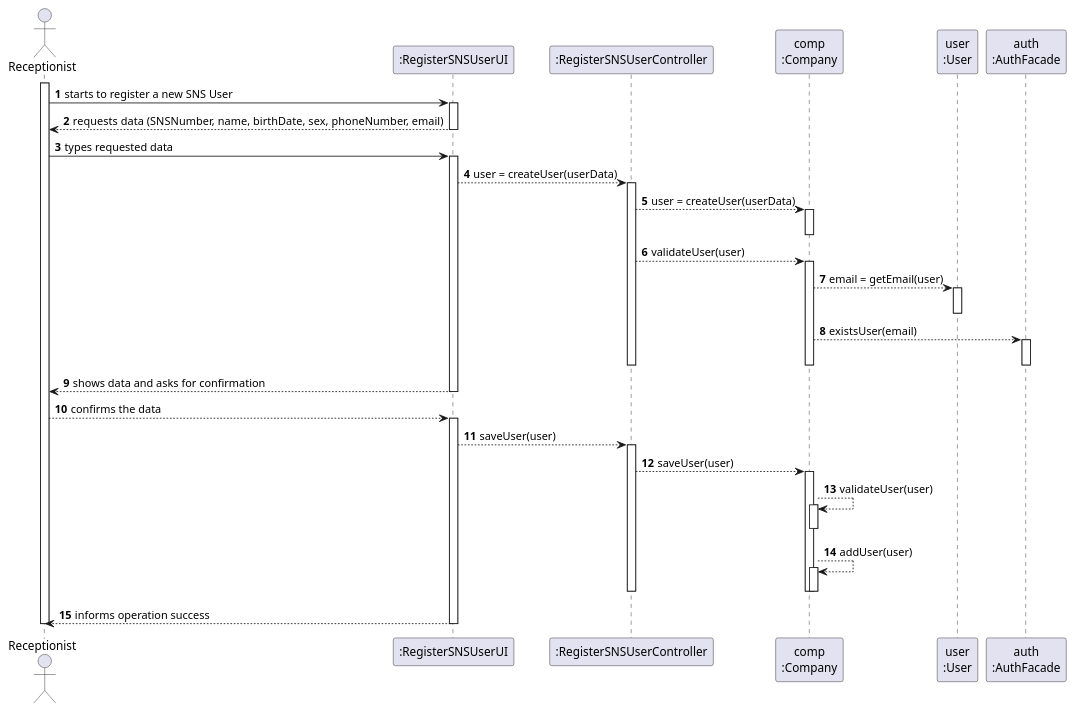
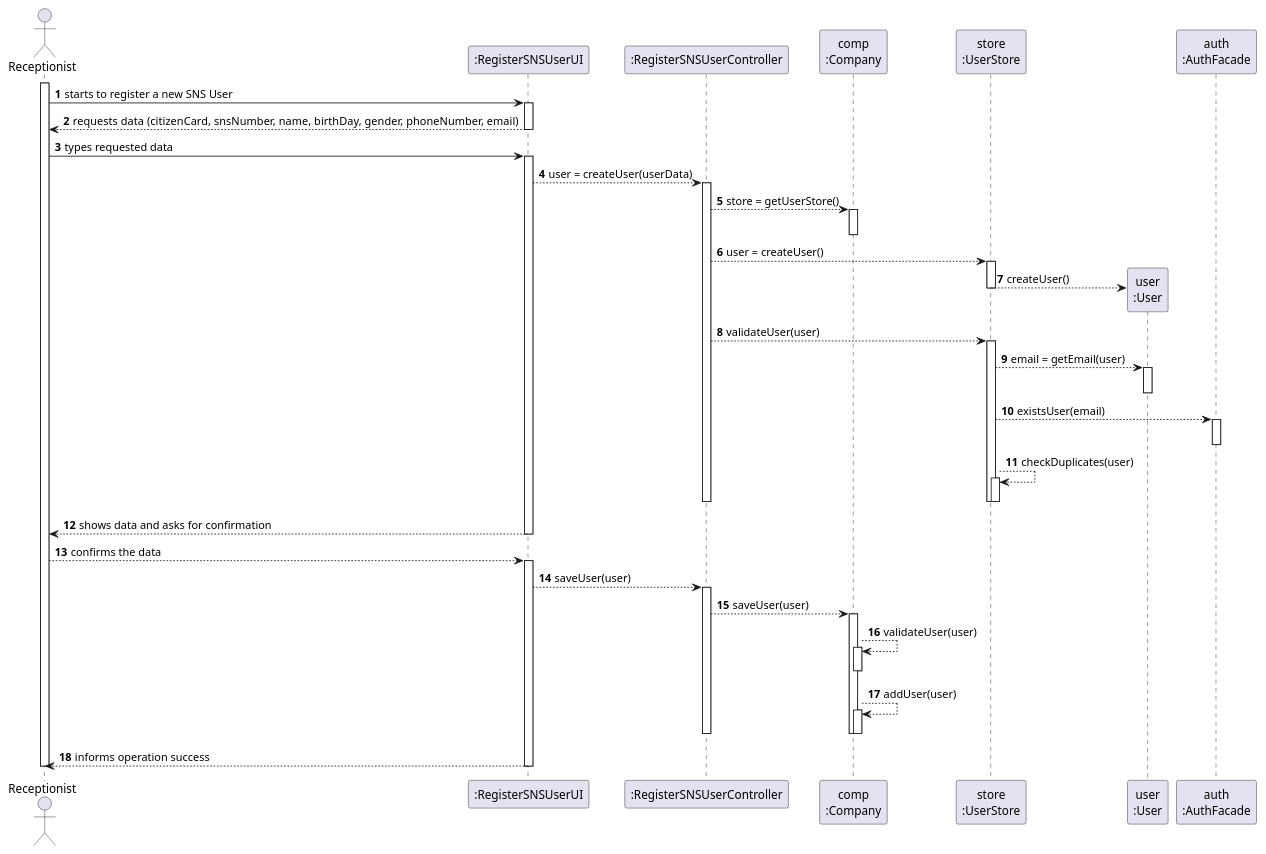
The diagram in docs/SprintB/US03/SD/US03_SD.puml (miseEnPlace-i/lapr2), drawn with PlantUML before and after one commit. The commit also changed 5 other files, not shown here.

Commit message:
docs(US03): minoor modifications in dm, changes in diagrams

```diff
--- a/docs/SprintB/US03/SD/US03_SD.puml
+++ b/docs/SprintB/US03/SD/US03_SD.puml
@@ -1,78 +1,85 @@
 @startuml Sequence Diagram
 autonumber
 'hide footbox
 actor "Receptionist" as RECEPT
 
 participant ":RegisterSNSUserUI" as UI
 participant ":RegisterSNSUserController" as CTRL
 participant "comp\n:Company" as COMP
-' participant "store\n:UserStore" as STORE
+participant "store\n:UserStore" as STORE
 participant "user\n:User" as USER
 participant "auth\n:AuthFacade" as AUTH
 ' participant "lstSnsU\n:List<SNSUser>" as LIST
 
 activate RECEPT
 RECEPT -> UI : starts to register a new SNS User
 activate UI
-UI --> RECEPT : requests data (SNSNumber, name, birthDate, sex, phoneNumber, email)
+UI --> RECEPT : requests data (citizenCard, snsNumber, name, birthDay, gender, phoneNumber, email)
 deactivate UI
 
 RECEPT -> UI : types requested data
 activate UI
 
 UI --> CTRL : user = createUser(userData)
 activate CTRL
 
-CTRL --> COMP : user = createUser(userData)
+CTRL --> COMP : store = getUserStore()
 activate COMP
 deactivate COMP
 
-CTRL --> COMP : validateUser(user)
-activate COMP
+CTRL --> STORE : user = createUser()
+activate STORE
 
-COMP --> USER : email = getEmail(user)
+STORE --> USER** : createUser()
+
+deactivate STORE
+
+CTRL --> STORE : validateUser(user)
+activate STORE
+
+STORE --> USER : email = getEmail(user)
 activate USER
 deactivate USER
 
-COMP --> AUTH : existsUser(email)
+STORE --> AUTH : existsUser(email)
 activate AUTH
 deactivate AUTH
 
-' COMP --> COMP : checkDuplicates(user)
-' activate COMP
-' deactivate COMP
+STORE --> STORE : checkDuplicates(user)
+activate STORE
+deactivate STORE
 
-deactivate COMP
-
+deactivate STORE
 deactivate CTRL
 
 UI --> RECEPT : shows data and asks for confirmation
 deactivate UI
+
 
 RECEPT --> UI : confirms the data
 activate UI
 
 UI --> CTRL : saveUser(user)
 activate CTRL
 
 CTRL --> COMP : saveUser(user)
 activate COMP
 
 COMP --> COMP : validateUser(user)
 activate COMP
 deactivate COMP
 
 COMP --> COMP : addUser(user)
 activate COMP
 deactivate COMP
 
 deactivate COMP
 
 deactivate CTRL
 
 UI --> RECEPT : informs operation success
 deactivate UI
 
 deactivate RECEPT
 
 @enduml
```
